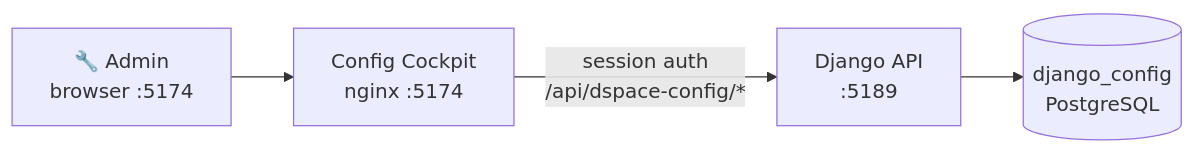
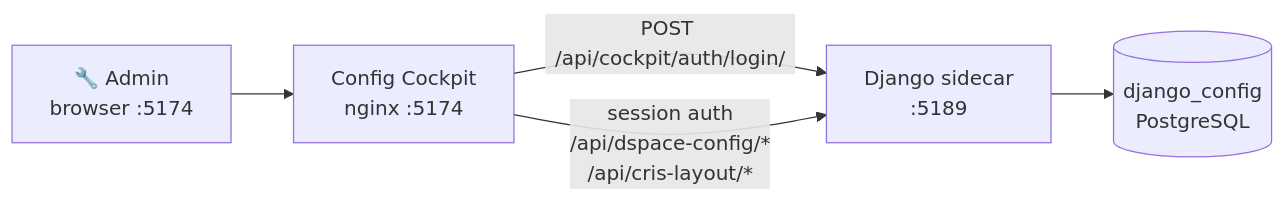
The second of 5 diagrams in dev/backend.md (sszepe/dspace-cris-cockpit-docu), drawn with Mermaid before and after one commit. The commit also changed other lines of this file and 4 other files, not shown here.

````diff
--- a/dev/backend.md
+++ b/dev/backend.md
@@ -82,11 +98,12 @@
 ```mermaid
 graph LR
     AdminUser["🔧 Admin\nbrowser :5174"]
     DJF["Config Cockpit\nnginx :5174"]
-    DJ["Django API\n:5189"]
+    DJ["Django sidecar\n:5189"]
     PG[("django_config\nPostgreSQL")]
 
     AdminUser --> DJF
-    DJF -->|"session auth\n/api/dspace-config/*"| DJ
+    DJF -->|"POST /api/cockpit/auth/login/"| DJ
+    DJF -->|"session auth\n/api/dspace-config/*\n/api/cris-layout/*"| DJ
     DJ --> PG
 ```
````
